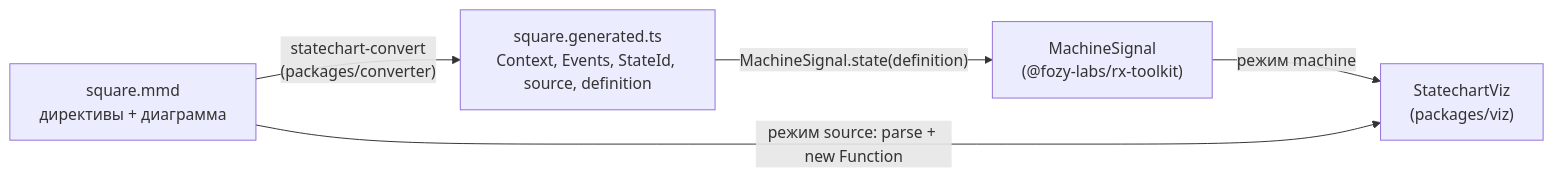
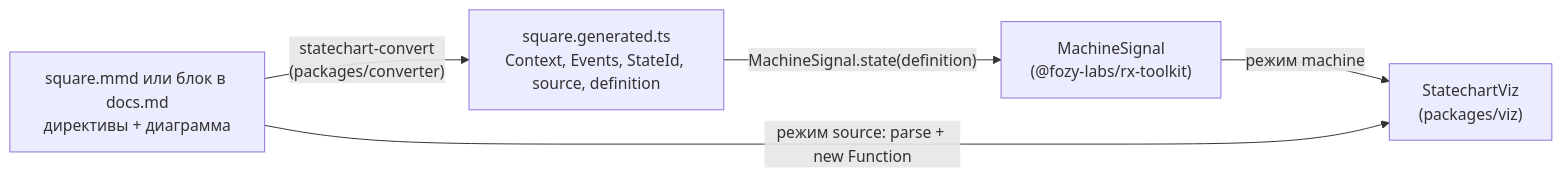
The diagram in README.md (fozy-labs/statechart), drawn with Mermaid before and after one commit. The commit also changed other lines of this file and 1 other file, not shown here.

````diff
--- a/README.md
+++ b/README.md
@@ -23,8 +23,8 @@
 ```mermaid
 flowchart LR
-    MMD["square.mmd<br/>директивы + диаграмма"]
+    MMD["square.mmd или блок в docs.md<br/>директивы + диаграмма"]
     MMD -- "statechart-convert<br/>(packages/converter)" --> GEN["square.generated.ts<br/>Context, Events, StateId, source, definition"]
     GEN -- "MachineSignal.state(definition)" --> RT["MachineSignal<br/>(@fozy-labs/rx-toolkit)"]
     RT -- "режим machine" --> VIZ["StatechartViz<br/>(packages/viz)"]
     MMD -- "режим source: parse + new Function" --> VIZ
 ```
````
